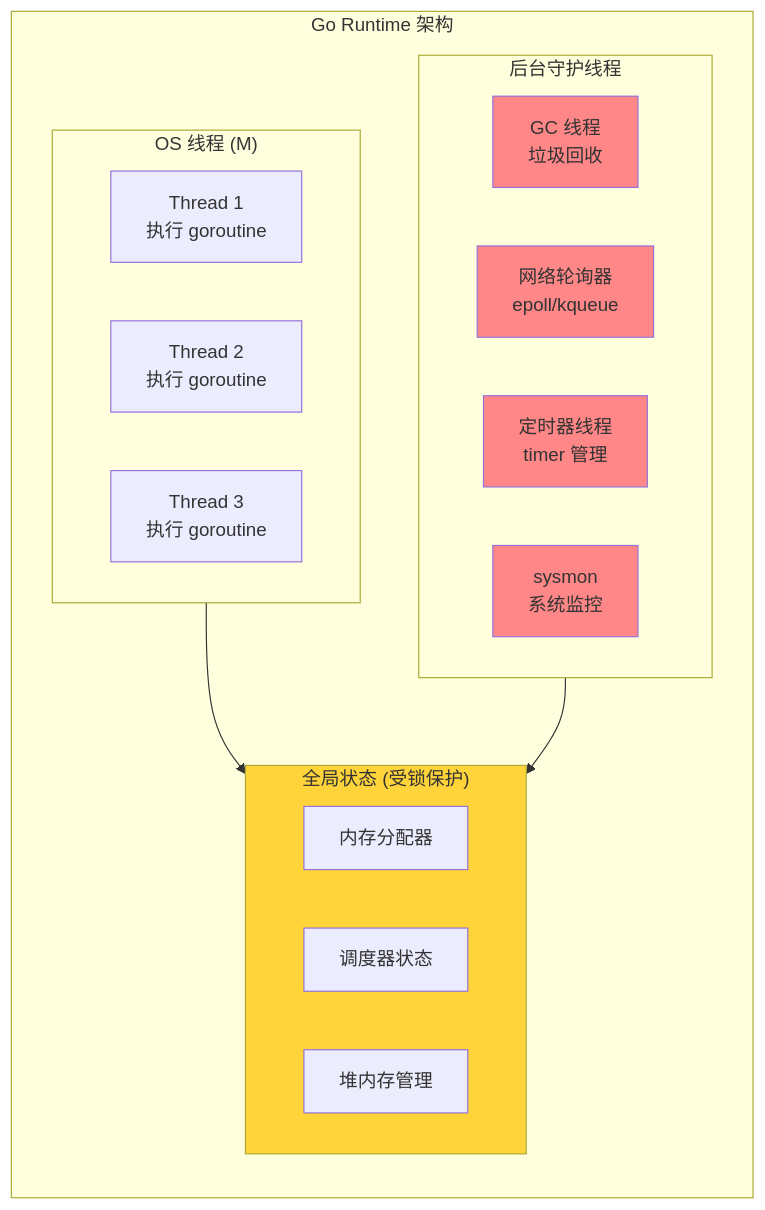
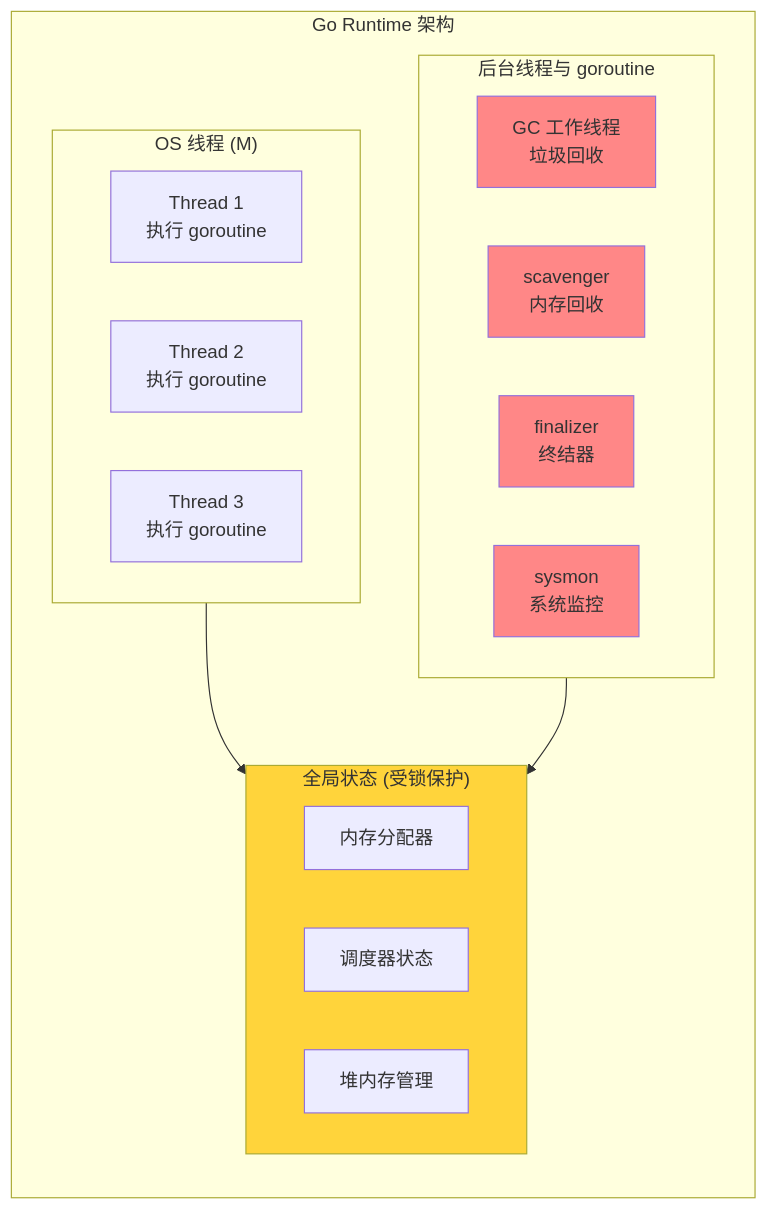
Before and after one commit to is-Aaron/is-Aaron.github.io: the first of 6 diagrams in _posts/2026-02-03-go-runtime-fork-deadlock.md, drawn with Mermaid. The commit also changed other lines of this file and 15 other files, not shown here.

````diff
--- a/_posts/2026-02-03-go-runtime-fork-deadlock.md
+++ b/_posts/2026-02-03-go-runtime-fork-deadlock.md
@@ -25,34 +25,34 @@
 ```mermaid
 graph TB
     subgraph GoRuntime[" Go Runtime 架构 "]
         direction TB
         
         subgraph Threads[" OS 线程 (M) "]
             M1["Thread 1<br/>执行 goroutine"]
             M2["Thread 2<br/>执行 goroutine"]
             M3["Thread 3<br/>执行 goroutine"]
         end
         
-        subgraph Background[" 后台守护线程 "]
-            GC["GC 线程<br/>垃圾回收"]
-            NET["网络轮询器<br/>epoll/kqueue"]
-            TIMER["定时器线程<br/>timer 管理"]
+        subgraph Background[" 后台线程与 goroutine "]
+            GC["GC 工作线程<br/>垃圾回收"]
+            SCAV["scavenger<br/>内存回收"]
+            FIN["finalizer<br/>终结器"]
             SYSMON["sysmon<br/>系统监控"]
         end
         
         subgraph State[" 全局状态 (受锁保护) "]
             ALLOC["内存分配器"]
             SCHED["调度器状态"]
             HEAP["堆内存管理"]
         end
         
         Threads --> State
         Background --> State
     end
     
     style GC fill:#ff8787
-    style NET fill:#ff8787
-    style TIMER fill:#ff8787
+    style SCAV fill:#ff8787
+    style FIN fill:#ff8787
     style SYSMON fill:#ff8787
     style State fill:#ffd43b
 ```
````
